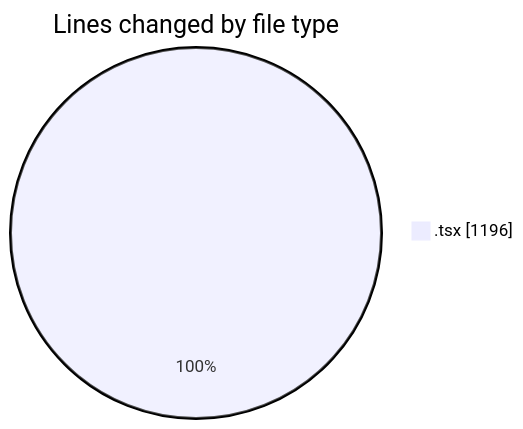
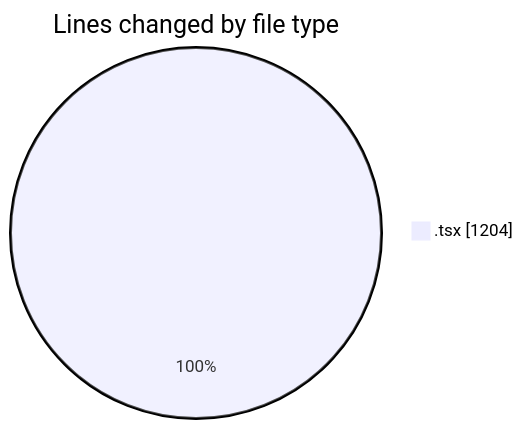
Before and after one commit to Elitesun/code-tracking: the first of 2 diagrams in 2025-05-07/niten/README.md, drawn with Mermaid. The commit also changed other lines of this file and 1 other file, not shown here.

````diff
--- a/2025-05-07/niten/README.md
+++ b/2025-05-07/niten/README.md
@@ -33,5 +33,5 @@
 ```mermaid
 pie showData
 title Lines changed by file type
-".tsx" : 1196
+".tsx" : 1204
 ```
````
